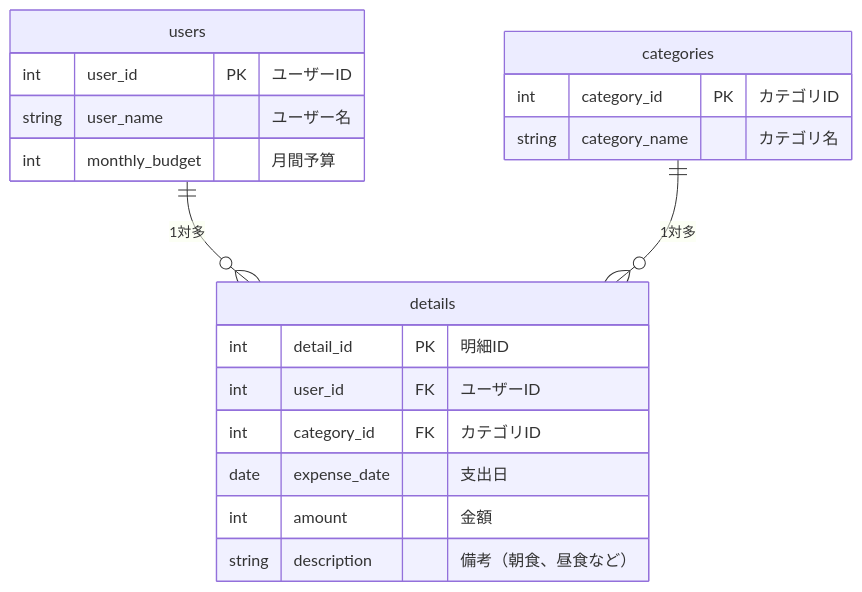
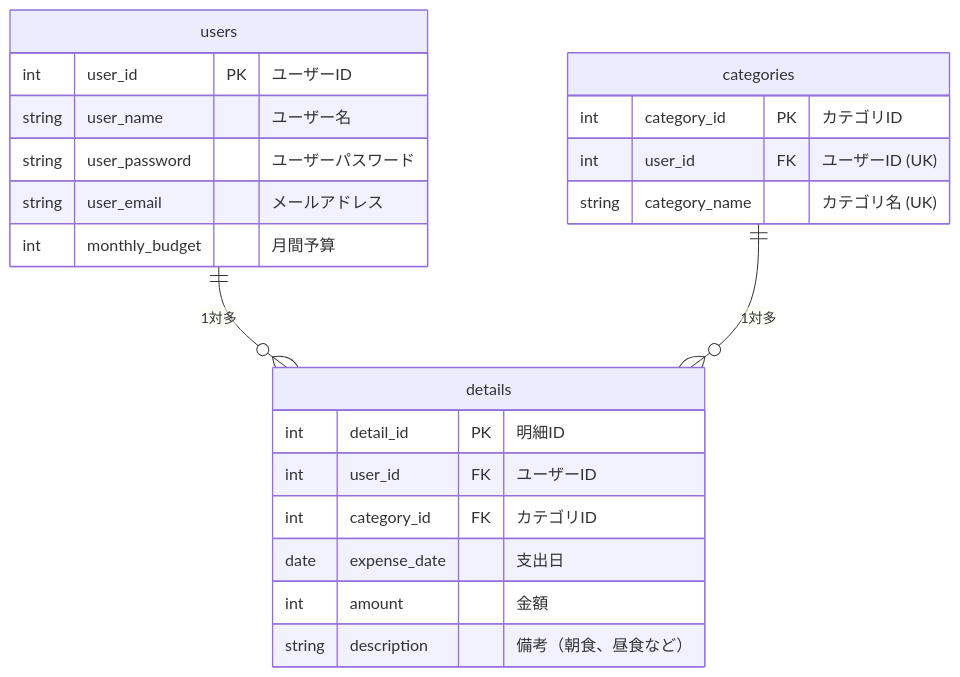
Before and after one commit to youegawa/youegawa-web-app: the diagram in README.md, drawn with Mermaid. The commit also changed other lines of this file and 13 other files, not shown here.

````diff
--- a/README.md
+++ b/README.md
@@ -204,23 +204,26 @@
 ```mermaid
 erDiagram
     users ||--o{ details : "1対多"
     categories ||--o{ details : "1対多"
 
     users {
         int user_id PK "ユーザーID"
         string user_name "ユーザー名"
+        string user_password "ユーザーパスワード"
+        string user_email "メールアドレス"
         int monthly_budget "月間予算"
     }
     categories {
         int category_id PK "カテゴリID"
-        string category_name "カテゴリ名"
+        int user_id FK "ユーザーID (UK)"
+        string category_name "カテゴリ名 (UK)"
     }
     details {
         int detail_id PK "明細ID"
         int user_id FK "ユーザーID"
         int category_id FK "カテゴリID"
         date expense_date "支出日"
         int amount "金額"
         string description "備考（朝食、昼食など）"
     }
-```    
+```
````
